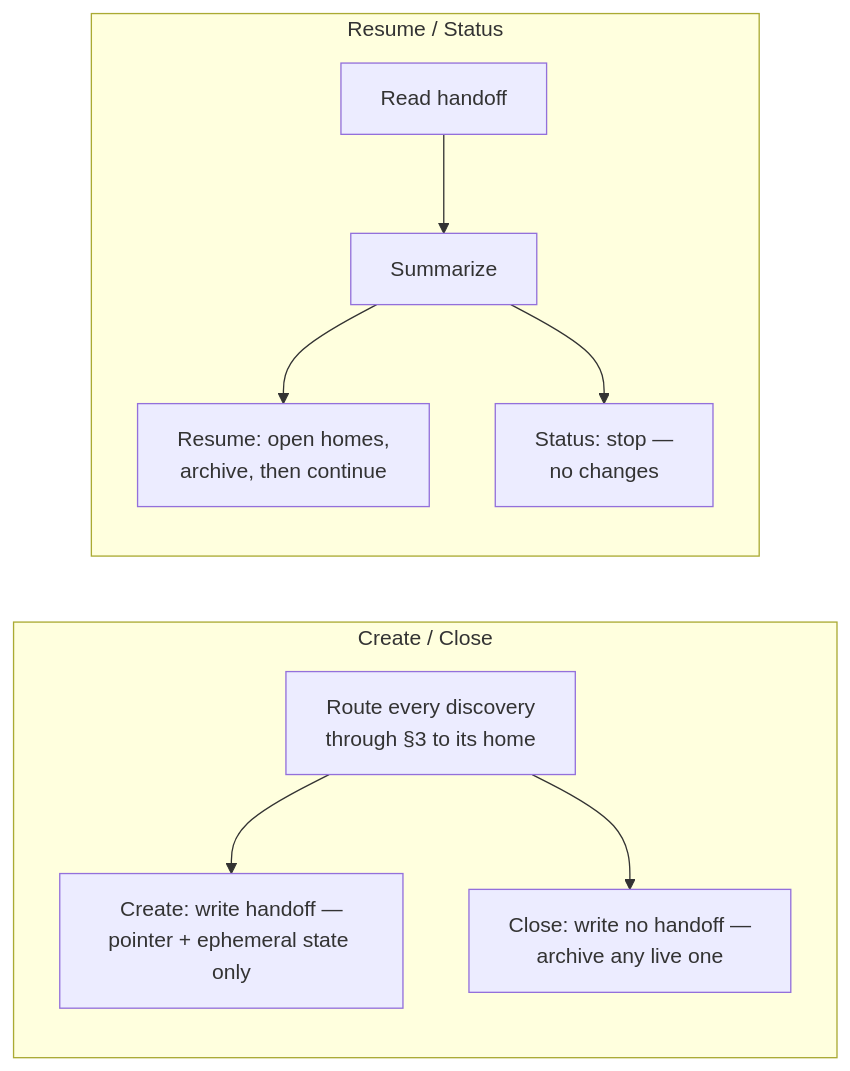
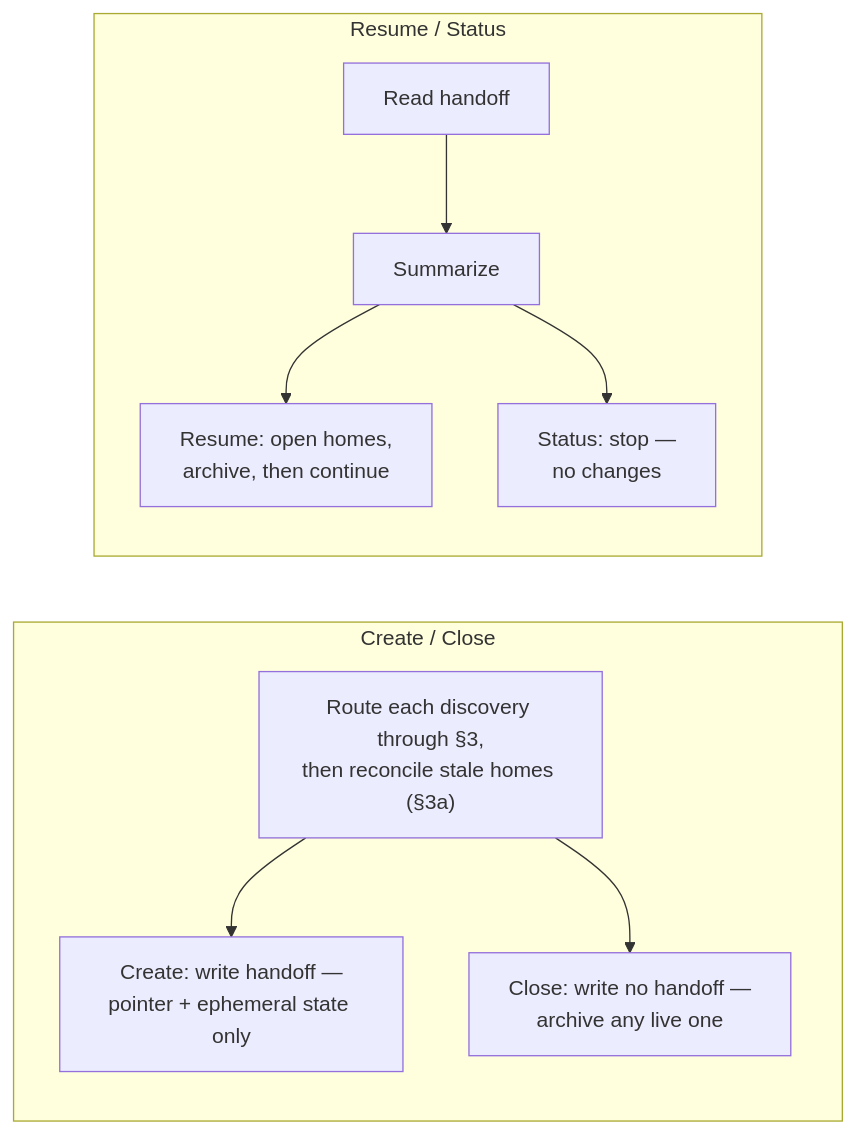
One commit to uchimata2/handoff-skill changed the second of 2 diagrams in README.md. Above: the diagram before and after it, drawn with Mermaid. The commit also changed other lines of this file and 3 other files, not shown here.

````diff
--- a/README.md
+++ b/README.md
@@ -107,14 +115,14 @@
 ```mermaid
 flowchart LR
   subgraph "Create / Close"
     direction TB
-    c1["Route every discovery<br/>through §3 to its home"] --> c2["Create: write handoff —<br/>pointer + ephemeral state only"]
+    c1["Route each discovery through §3,<br/>then reconcile stale homes (§3a)"] --> c2["Create: write handoff —<br/>pointer + ephemeral state only"]
     c1 --> c3["Close: write no handoff —<br/>archive any live one"]
   end
   subgraph "Resume / Status"
     direction TB
     r1["Read handoff"] --> r2["Summarize"]
     r2 --> r3["Resume: open homes,<br/>archive, then continue"]
     r2 --> r4["Status: stop —<br/>no changes"]
   end
 ```
````
